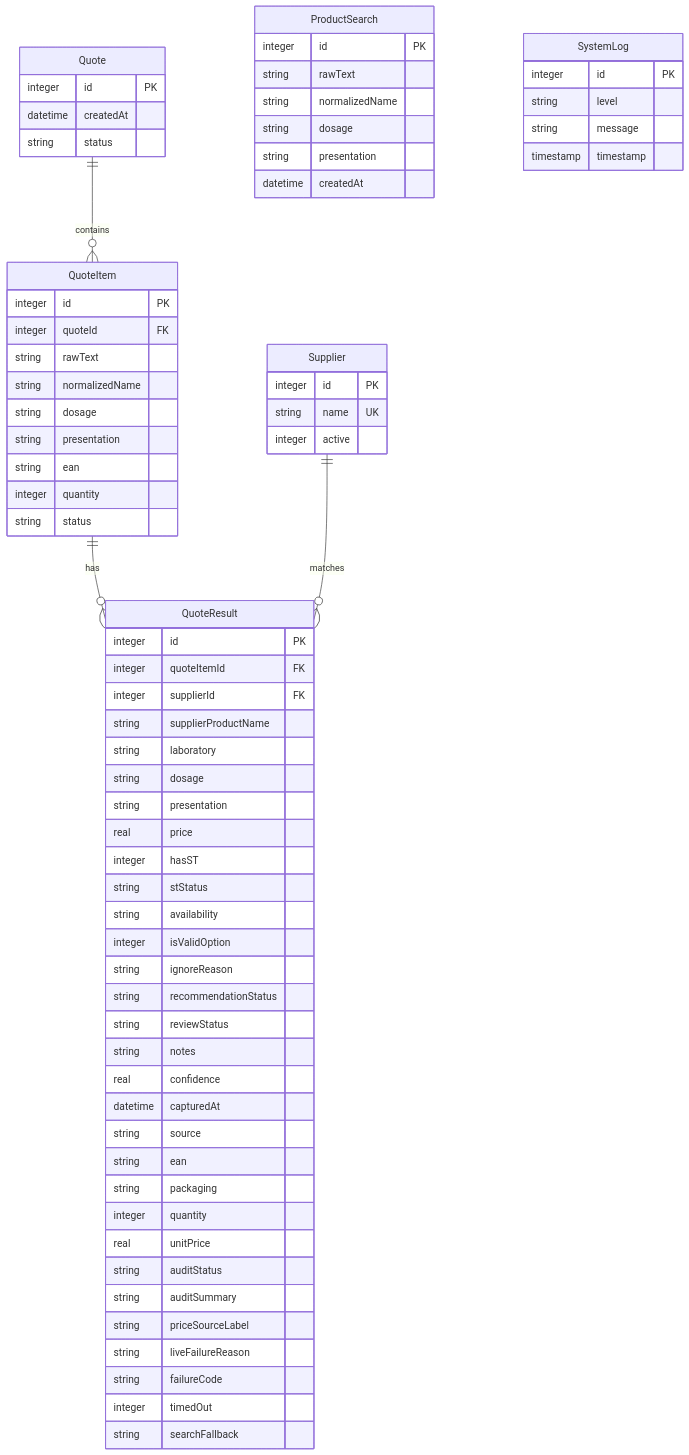
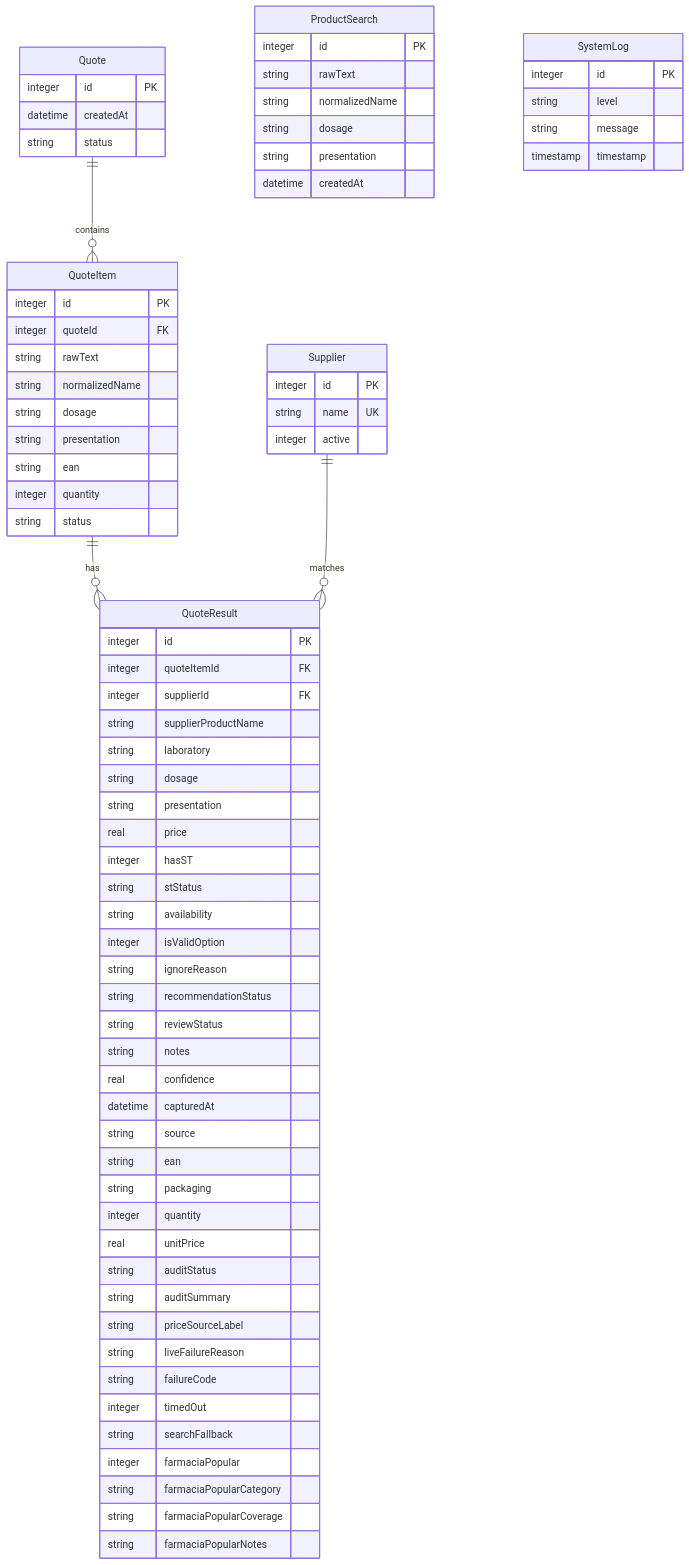
One commit to WilliYY/cotacao-farmacia changed the second of 2 diagrams in docs/AI_SYSTEM_GUIDE.md. Above: the diagram before and after it, drawn with Mermaid. The commit also changed other lines of this file and 21 other files, not shown here.

````diff
--- a/docs/AI_SYSTEM_GUIDE.md
+++ b/docs/AI_SYSTEM_GUIDE.md
@@ -47,73 +47,77 @@
 ```mermaid
 erDiagram
     Quote ||--o{ QuoteItem : contains
     QuoteItem ||--o{ QuoteResult : has
     Supplier ||--o{ QuoteResult : matches
     ProductSearch {
         integer id PK
         string rawText
         string normalizedName
         string dosage
         string presentation
         datetime createdAt
     }
     Supplier {
         integer id PK
         string name UK
         integer active
     }
     Quote {
         integer id PK
         datetime createdAt
         string status
     }
     QuoteItem {
         integer id PK
         integer quoteId FK
         string rawText
         string normalizedName
         string dosage
         string presentation
         string ean
         integer quantity
         string status
     }
     QuoteResult {
         integer id PK
         integer quoteItemId FK
         integer supplierId FK
         string supplierProductName
         string laboratory
         string dosage
         string presentation
         real price
         integer hasST
         string stStatus
         string availability
         integer isValidOption
         string ignoreReason
         string recommendationStatus
         string reviewStatus
         string notes
         real confidence
         datetime capturedAt
         string source
         string ean
         string packaging
         integer quantity
         real unitPrice
         string auditStatus
         string auditSummary
         string priceSourceLabel
         string liveFailureReason
         string failureCode
         integer timedOut
         string searchFallback
+        integer farmaciaPopular
+        string farmaciaPopularCategory
+        string farmaciaPopularCoverage
+        string farmaciaPopularNotes
     }
     SystemLog {
         integer id PK
         string level
         string message
         timestamp timestamp
     }
 ```
````
